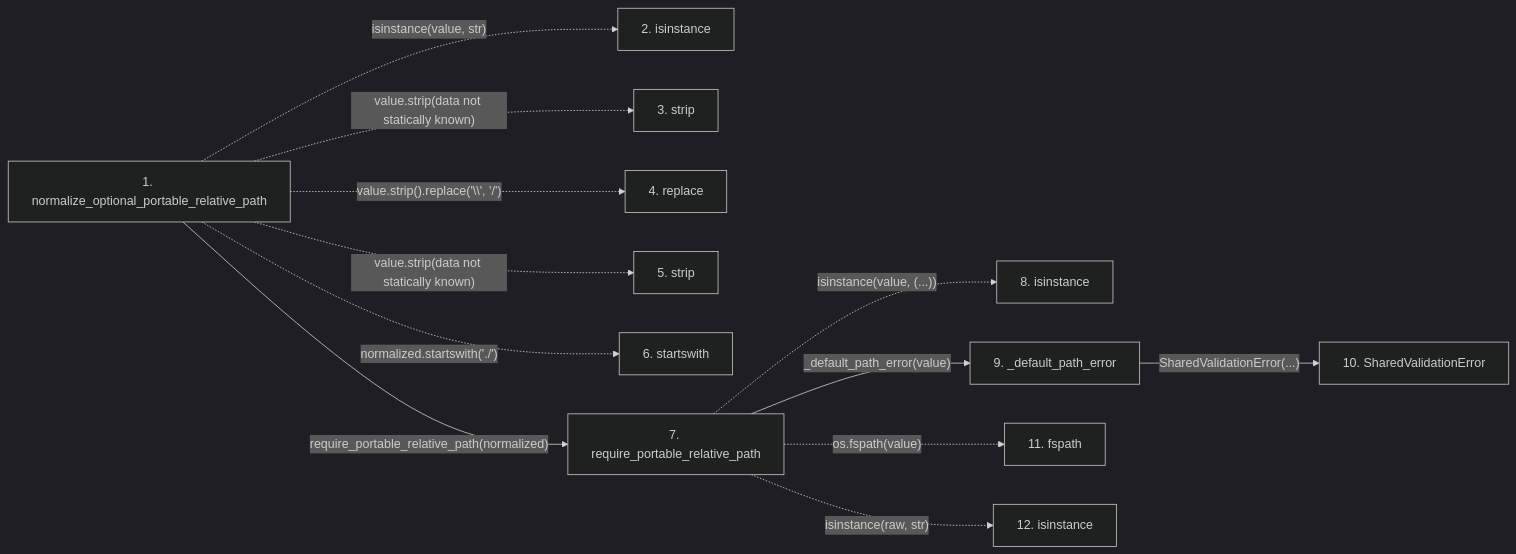
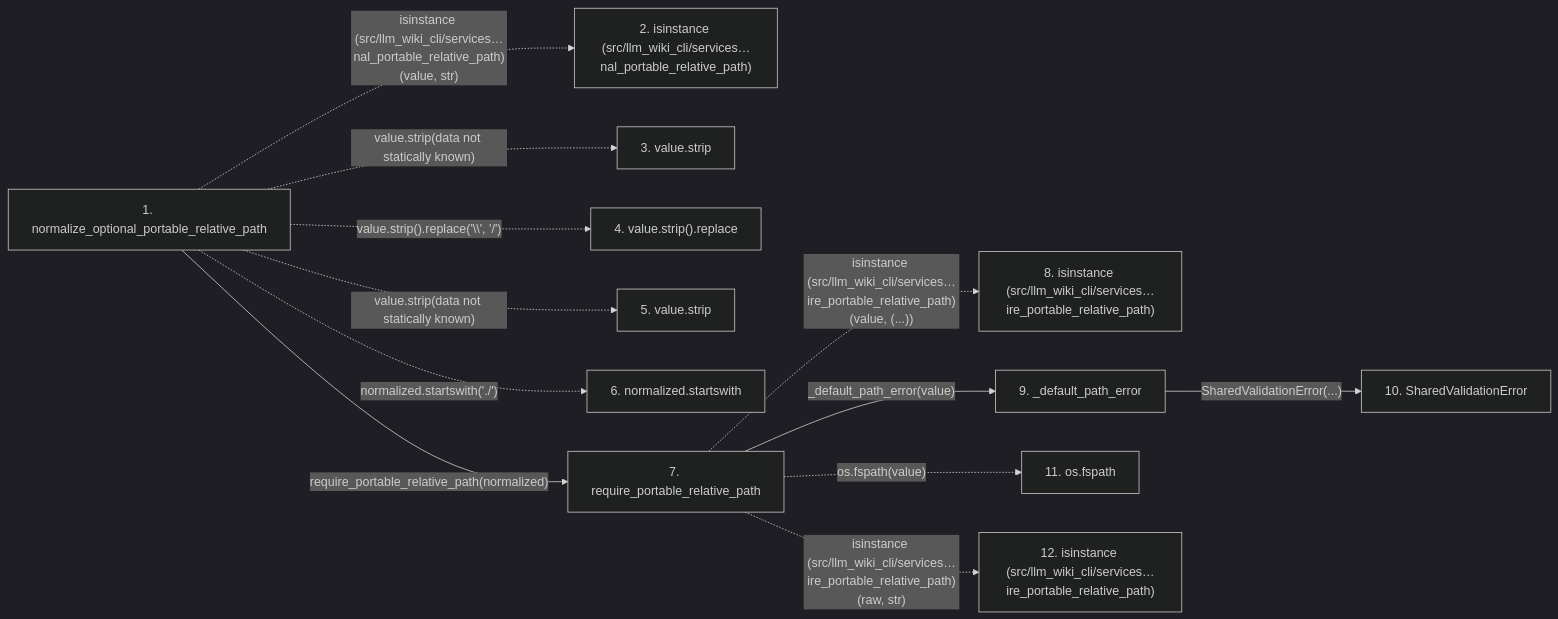
Before and after one commit to Denissvgn/python-wiki-llm: the second of 2 diagrams in docs/llm_wiki/flows/api-normalize_optional_portable_relative_path.md, drawn with Mermaid (dark theme). The commit also changed other lines of this file and 719 other files, not shown here.

````diff
--- a/docs/llm_wiki/flows/api-normalize_optional_portable_relative_path.md
+++ b/docs/llm_wiki/flows/api-normalize_optional_portable_relative_path.md
@@ -66,30 +71,30 @@
 ```mermaid
 flowchart LR
     s1["1. normalize_optional_portable_relative_path"]
-    s2["2. isinstance"]
-    s3["3. strip"]
-    s4["4. replace"]
-    s5["5. strip"]
-    s6["6. startswith"]
+    s2["2. isinstance (src/llm_wiki_cli/services…nal_portable_relative_path)"]
+    s3["3. value.strip"]
+    s4["4. value.strip().replace"]
+    s5["5. value.strip"]
+    s6["6. normalized.startswith"]
     s7["7. require_portable_relative_path"]
-    s8["8. isinstance"]
+    s8["8. isinstance (src/llm_wiki_cli/services…ire_portable_relative_path)"]
     s9["9. _default_path_error"]
     s10["10. SharedValidationError"]
-    s11["11. fspath"]
-    s12["12. isinstance"]
-    s1 -. "isinstance(value, str)" .-> s2
+    s11["11. os.fspath"]
+    s12["12. isinstance (src/llm_wiki_cli/services…ire_portable_relative_path)"]
+    s1 -. "isinstance (src/llm_wiki_cli/services…nal_portable_relative_path)(value, str)" .-> s2
     s1 -. "value.strip(data not statically known)" .-> s3
     s1 -. "value.strip().replace('\\', '/')" .-> s4
     s1 -. "value.strip(data not statically known)" .-> s5
     s1 -. "normalized.startswith('./')" .-> s6
     s1 -->|"require_portable_relative_path(normalized)"| s7
-    s7 -. "isinstance(value, (...))" .-> s8
+    s7 -. "isinstance (src/llm_wiki_cli/services…ire_portable_relative_path)(value, (...))" .-> s8
     s7 -->|"_default_path_error(value)"| s9
     s9 -->|"SharedValidationError(...)"| s10
     s7 -. "os.fspath(value)" .-> s11
-    s7 -. "isinstance(raw, str)" .-> s12
+    s7 -. "isinstance (src/llm_wiki_cli/services…ire_portable_relative_path)(raw, str)" .-> s12
     click s1 "../modules/validation.md"
     click s7 "../modules/validation.md"
     click s9 "../modules/validation.md"
     click s10 "../modules/validation.md"
 ```
````
